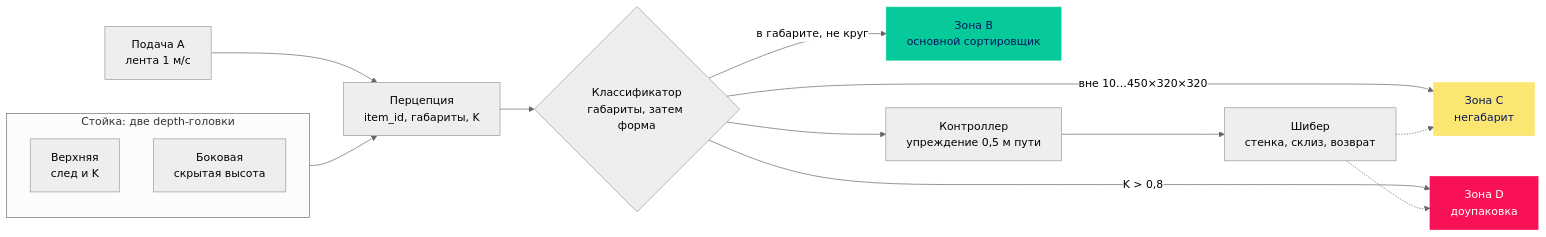
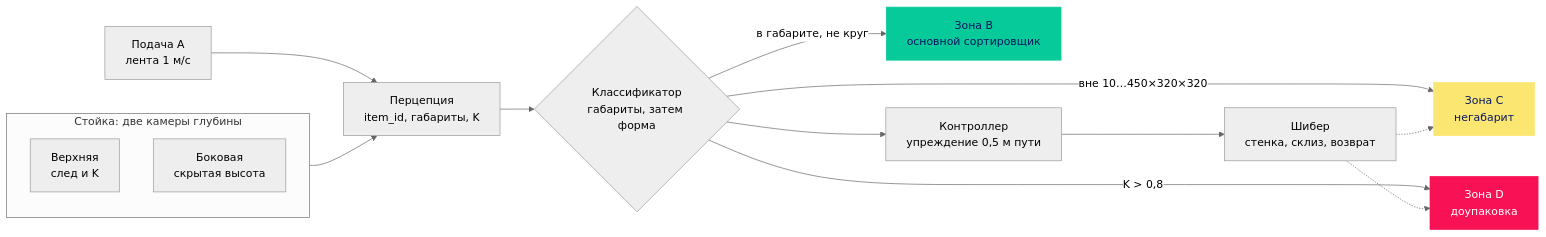
The diagram in README.md (IR630/ozon), drawn with Mermaid (neutral theme) before and after one commit. The commit also changed other lines of this file and 4 other files, not shown here.

````diff
--- a/README.md
+++ b/README.md
@@ -24,28 +24,28 @@
 ```mermaid
 flowchart LR
     A["Подача A<br/>лента 1 м/с"] --> P
 
-    subgraph rig["Стойка: две depth-головки"]
+    subgraph rig["Стойка: две камеры глубины"]
         TOP["Верхняя<br/>след и K"]
         SIDE["Боковая<br/>скрытая высота"]
     end
 
     rig --> P["Перцепция<br/>item_id, габариты, K"]
     P --> C{"Классификатор<br/>габариты, затем форма"}
 
     C -->|"вне 10…450×320×320"| ZC["Зона C<br/>негабарит"]
     C -->|"K &gt; 0,8"| ZD["Зона D<br/>доупаковка"]
     C -->|"в габарите, не круг"| ZB["Зона B<br/>основной сортировщик"]
 
     C --> CTRL["Контроллер<br/>упреждение 0,5 м пути"]
     CTRL --> BL["Шибер<br/>стенка, склиз, возврат"]
     BL -.-> ZC
     BL -.-> ZD
 
     classDef zb fill:#06CA9A,stroke:#06CA9A,color:#04155E
     classDef zc fill:#FBE671,stroke:#FBE671,color:#04155E
     classDef zd fill:#F91155,stroke:#F91155,color:#fff
     class ZB zb
     class ZC zc
     class ZD zd
 ```
````
